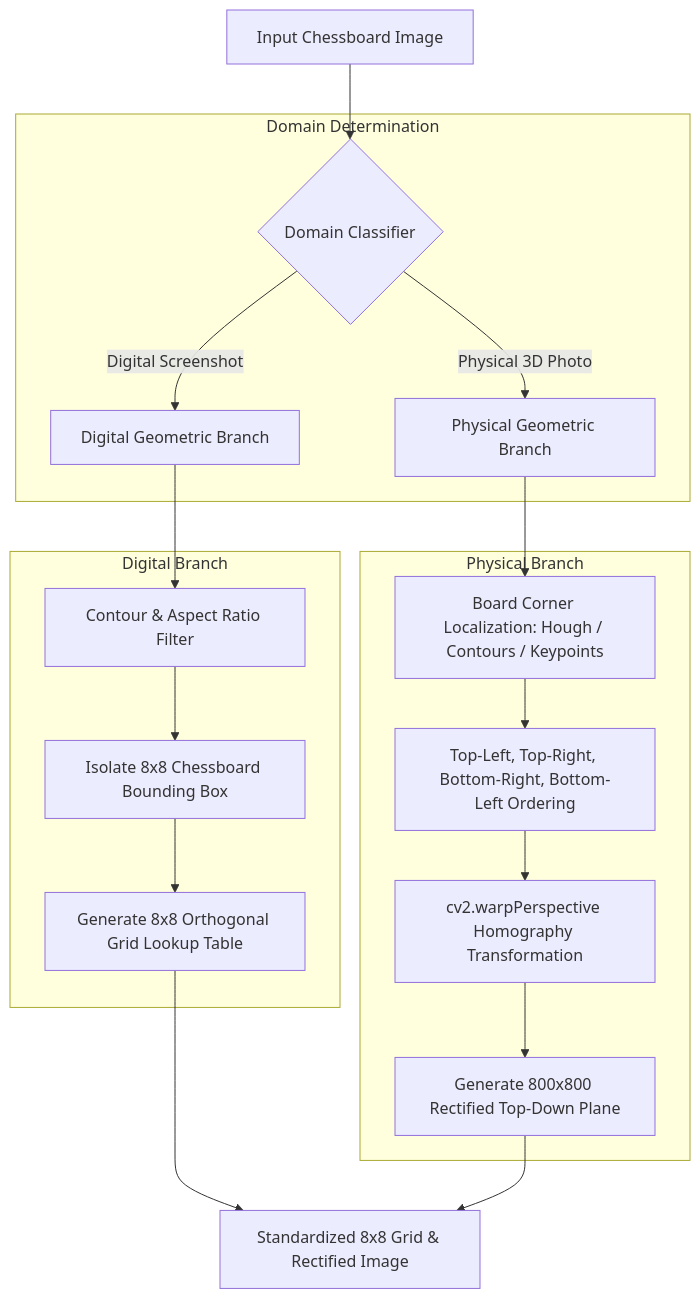
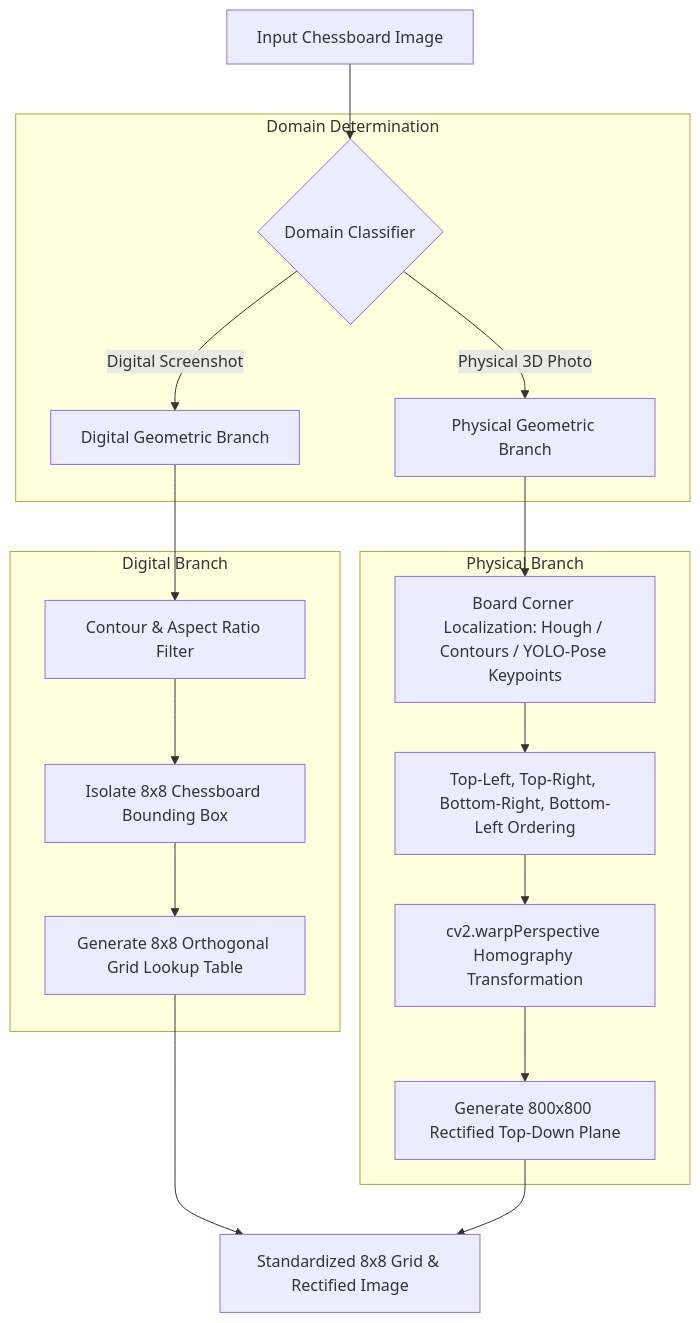
Before and after one commit to EwaldoNieuwenhuis/chess_ml: the third of 6 diagrams in BACKLOG.md, drawn with Mermaid. The commit also changed other lines of this file and 2 other files, not shown here.

Commit message:
docs: document chess dataset provenance, standardization, and architectural design decisions in new documentation files and update backlog.

````diff
--- a/BACKLOG.md
+++ b/BACKLOG.md
@@ -164,25 +179,25 @@
 ```mermaid
 flowchart TD
     Raw[Input Chessboard Image] --> DC{Domain Classifier}
     
     subgraph Routing [Domain Determination]
         DC -->|Digital Screenshot| D_Branch[Digital Geometric Branch]
         DC -->|Physical 3D Photo| P_Branch[Physical Geometric Branch]
     end
 
     subgraph Digital Branch
         D_Branch --> D1[Contour & Aspect Ratio Filter]
         D1 --> D2[Isolate 8x8 Chessboard Bounding Box]
         D2 --> D3[Generate 8x8 Orthogonal Grid Lookup Table]
     end
 
     subgraph Physical Branch
-        P_Branch --> P1[Board Corner Localization: Hough / Contours / Keypoints]
+        P_Branch --> P1[Board Corner Localization: Hough / Contours / YOLO-Pose Keypoints]
         P1 --> P2[Top-Left, Top-Right, Bottom-Right, Bottom-Left Ordering]
         P2 --> P3[cv2.warpPerspective Homography Transformation]
         P3 --> P4[Generate 800x800 Rectified Top-Down Plane]
     end
 
     D3 --> OutputGrid[Standardized 8x8 Grid & Rectified Image]
     P4 --> OutputGrid
 ```
````
